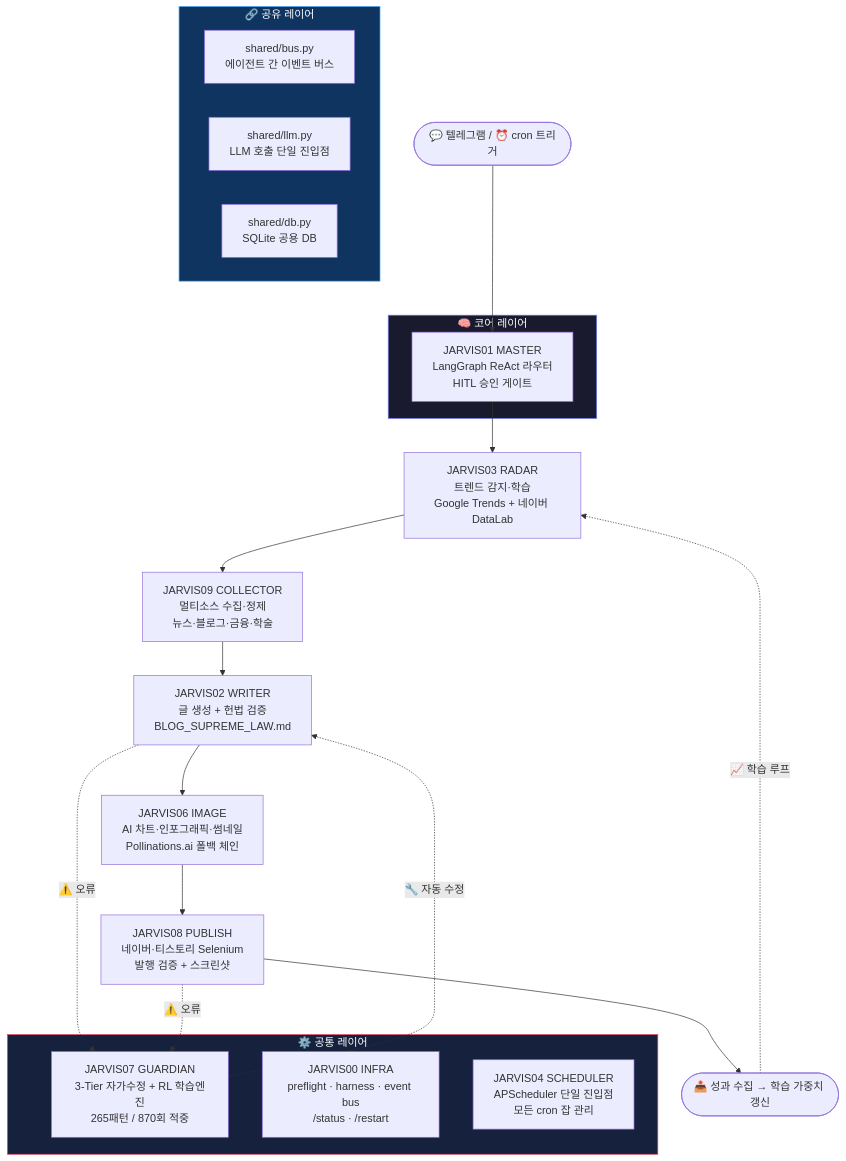
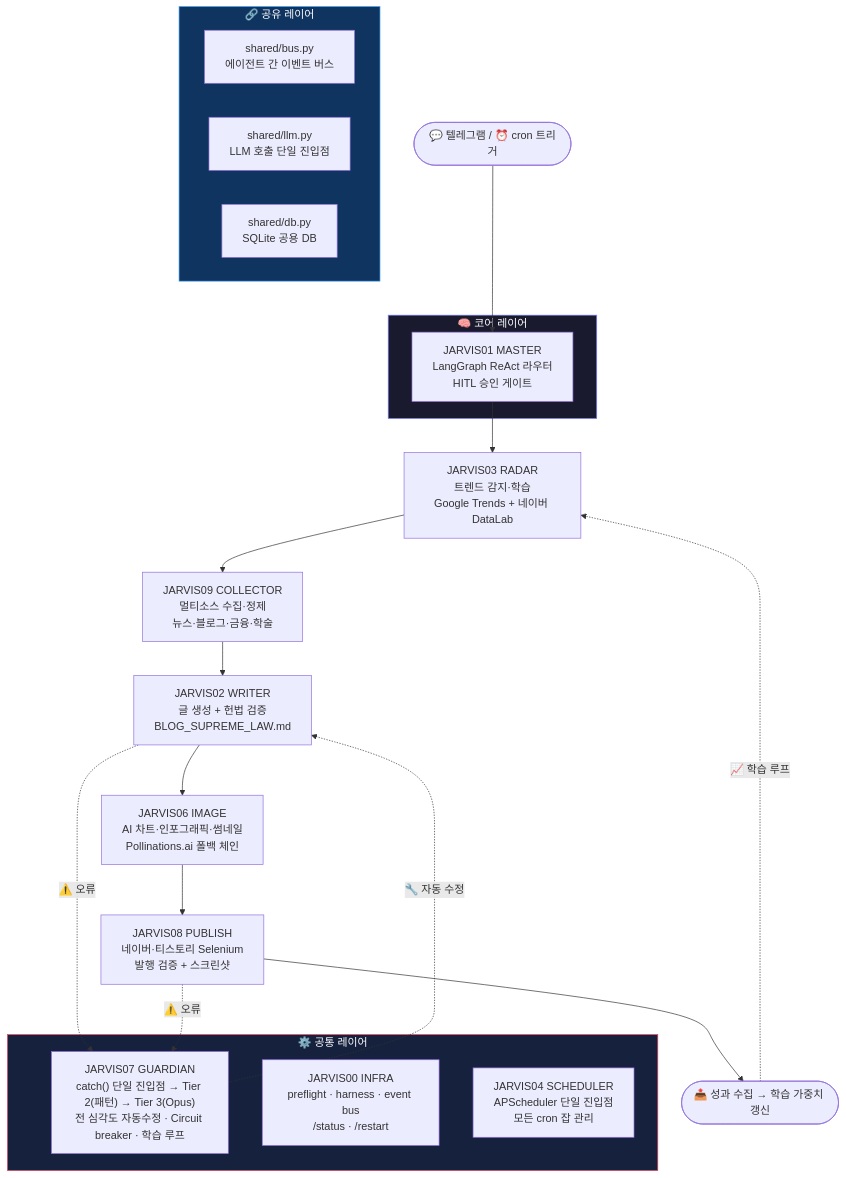
The first of 3 diagrams in README.md (youandi3535/jarvis-agent), drawn with Mermaid before and after one commit. The commit also changed other lines of this file, not shown here.

````diff
--- a/README.md
+++ b/README.md
@@ -53,36 +53,36 @@
 ```mermaid
 flowchart TD
     A(["💬 텔레그램 / ⏰ cron 트리거"]) --> B
 
     subgraph CORE["🧠 코어 레이어"]
         B["JARVIS01 MASTER\nLangGraph ReAct 라우터\nHITL 승인 게이트"]
     end
 
     B --> C["JARVIS03 RADAR\n트렌드 감지·학습\nGoogle Trends + 네이버 DataLab"]
     C --> D["JARVIS09 COLLECTOR\n멀티소스 수집·정제\n뉴스·블로그·금융·학술"]
     D --> E["JARVIS02 WRITER\n글 생성 + 헌법 검증\nBLOG_SUPREME_LAW.md"]
     E --> F["JARVIS06 IMAGE\nAI 차트·인포그래픽·썸네일\nPollinations.ai 폴백 체인"]
     F --> G["JARVIS08 PUBLISH\n네이버·티스토리 Selenium\n발행 검증 + 스크린샷"]
     G --> H(["📤 성과 수집 → 학습 가중치 갱신"])
     H -. "📈 학습 루프" .-> C
 
     subgraph COMMON["⚙️ 공통 레이어"]
-        I["JARVIS07 GUARDIAN\n3-Tier 자가수정 + RL 학습엔진\n265패턴 / 870회 적중"]
+        I["JARVIS07 GUARDIAN\ncatch() 단일 진입점 → Tier 2(패턴) → Tier 3(Opus)\n전 심각도 자동수정 · Circuit breaker · 학습 루프"]
         J["JARVIS00 INFRA\npreflight · harness · event bus\n/status · /restart"]
         K["JARVIS04 SCHEDULER\nAPScheduler 단일 진입점\n모든 cron 잡 관리"]
     end
 
     E -. "⚠️ 오류" .-> I
     G -. "⚠️ 오류" .-> I
     I -. "🔧 자동 수정" .-> E
 
     subgraph SHARED["🔗 공유 레이어"]
         L["shared/bus.py\n에이전트 간 이벤트 버스"]
         M["shared/llm.py\nLLM 호출 단일 진입점"]
         N["shared/db.py\nSQLite 공용 DB"]
     end
 
     style CORE fill:#1a1a2e,stroke:#7c83fd,color:#fff
     style COMMON fill:#16213e,stroke:#e94560,color:#fff
     style SHARED fill:#0f3460,stroke:#4dabf7,color:#fff
 ```
````
